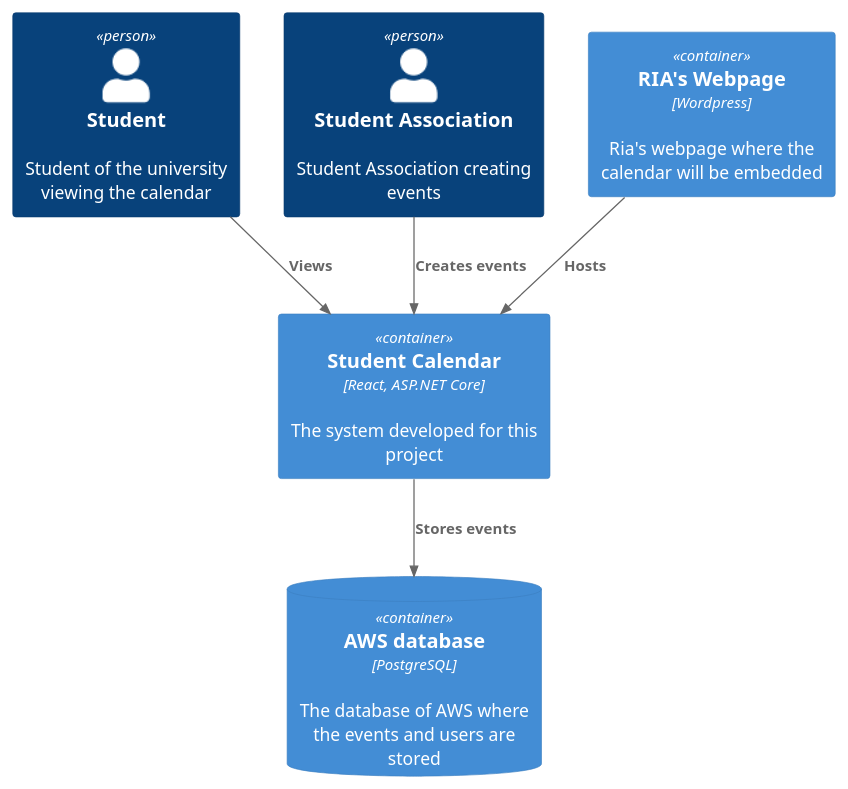
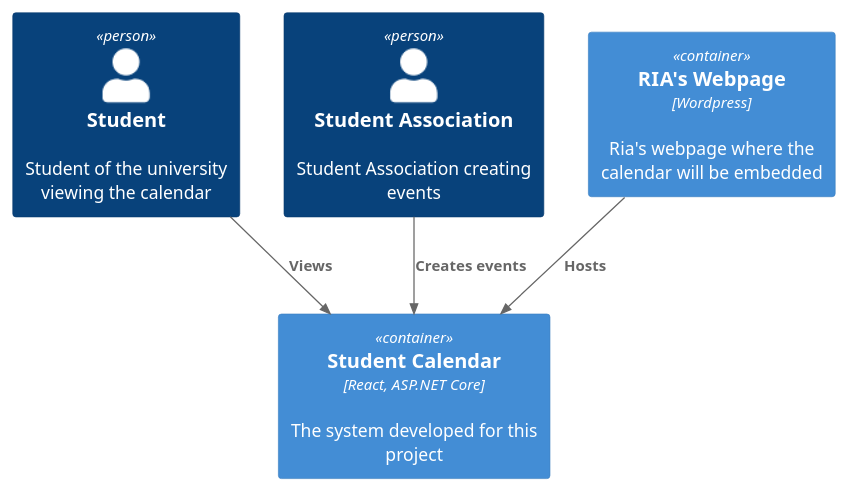
One commit to oscarboe/Studieforeningskalender_Front_end changed the diagram in C4_C1.puml. Above: the diagram before and after it, drawn with PlantUML. The commit also changed 2 other files, not shown here.

```diff
--- a/C4_C1.puml
+++ b/C4_C1.puml
@@ -1,15 +1,12 @@
 @startuml C4_Elements
 !include https://raw.githubusercontent.com/plantuml-stdlib/C4-PlantUML/master/C4_Container.puml
 
 Person(stud, "Student", "Student of the university viewing the calendar")
 Person(asso, "Student Association", "Student Association creating events")
 
 Container(sys, "Student Calendar","React, ASP.NET Core", "The system developed for this project")
 Container(ria, "RIA's Webpage","Wordpress", "Ria's webpage where the calendar will be embedded")
-ContainerDb(AWSDB,"AWS database","PostgreSQL", "The database of AWS where the events and users are stored")
 Rel(stud, sys, "Views")
 Rel(asso, sys, "Creates events")
 Rel(ria,sys, "Hosts")
-Rel(sys, AWSDB, "Stores events")
-
 @enduml
```
